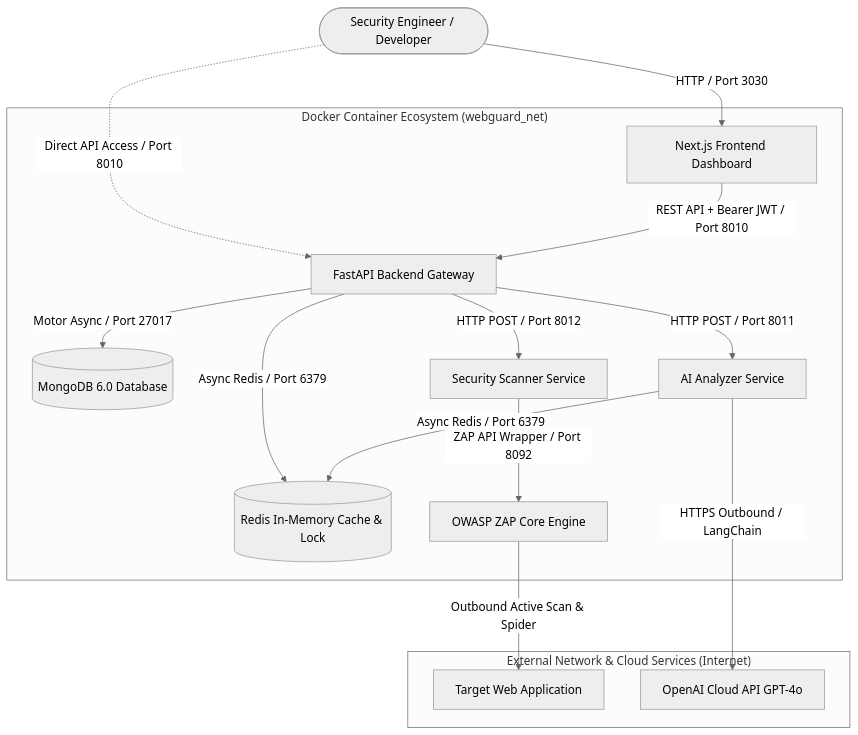
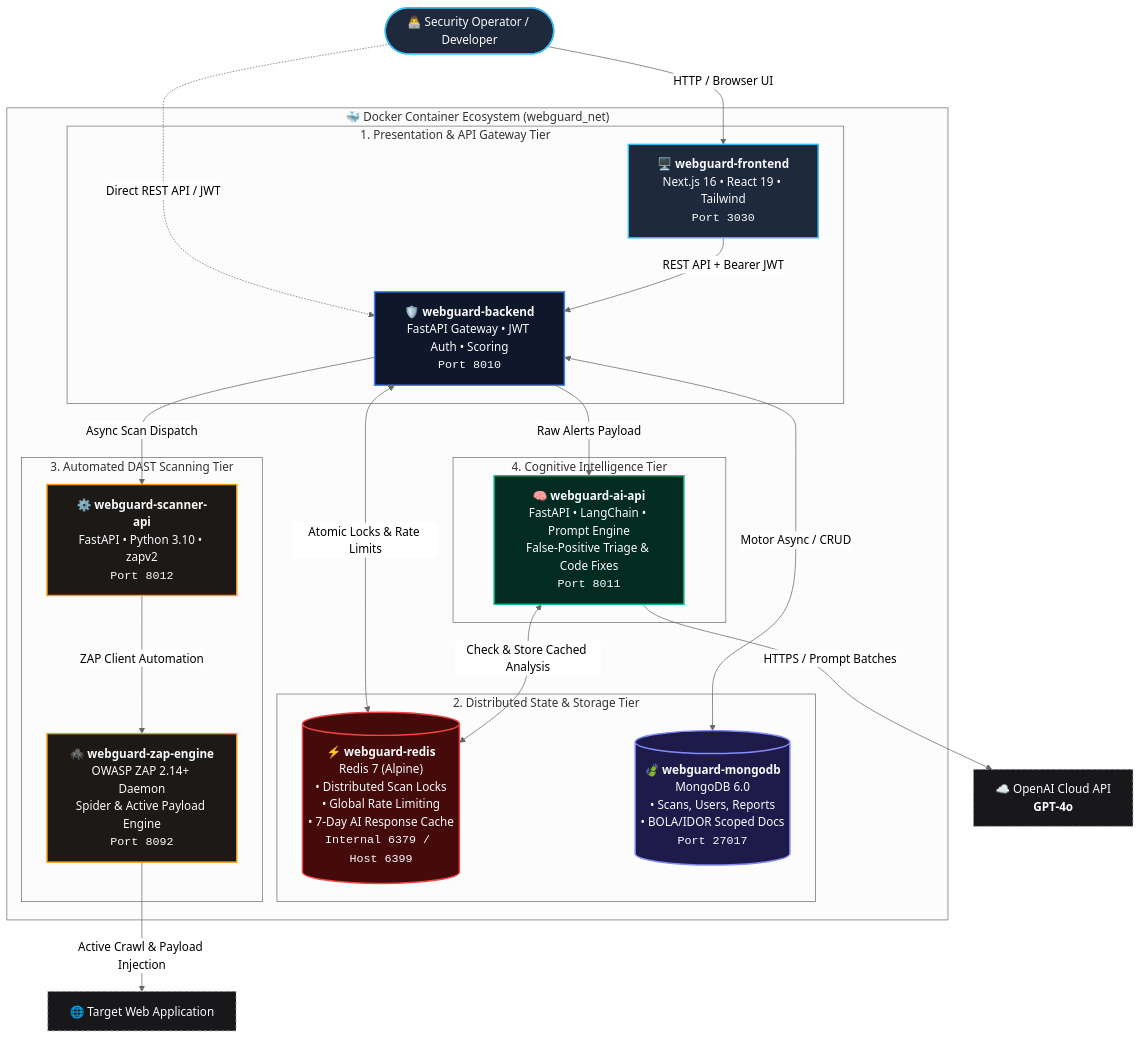
The first of 2 diagrams in README.md (Ammar-1993/WebGuard-AI), drawn with Mermaid (neutral theme) before and after one commit. The commit also changed other lines of this file, not shown here.

First line of the commit message:
docs: modernize system architecture and end-to-end pipeline diagrams

````diff
--- a/README.md
+++ b/README.md
@@ -116,23 +116,63 @@
 ```mermaid
 graph TB
-    User([Security Engineer / Developer]) -->|HTTP / Port 3030| Frontend[Next.js Frontend Dashboard]
-    User -.->|Direct API Access / Port 8010| Backend[FastAPI Backend Gateway]
+    %% External Actors & Targets
+    User([👨‍💻 Security Operator / Developer])
+    TargetWebsite[🌐 Target Web Application]
+    OpenAIAPI[☁️ OpenAI Cloud API<br/><b>GPT-4o</b>]
 
-    subgraph DockerNet ["Docker Container Ecosystem (webguard_net)"]
-        Frontend -->|REST API + Bearer JWT / Port 8010| Backend
+    %% Main Docker Network
+    subgraph DockerNet ["🐳 Docker Container Ecosystem (webguard_net)"]
         
-        Backend -->|Motor Async / Port 27017| MongoDB[(MongoDB 6.0 Database)]
-        Backend -->|Async Redis / Port 6379| Redis[(Redis In-Memory Cache & Lock)]
-        
-        Backend -->|HTTP POST / Port 8012| ScannerAPI[Security Scanner Service]
-        ScannerAPI -->|ZAP API Wrapper / Port 8092| ZAPEngine[OWASP ZAP Core Engine]
-        
-        Backend -->|HTTP POST / Port 8011| AIAnalyzer[AI Analyzer Service]
-        AIAnalyzer -->|Async Redis / Port 6379| Redis
+        subgraph PresentationLayer ["1. Presentation & API Gateway Tier"]
+            Frontend["🖥️ <b>webguard-frontend</b><br/>Next.js 16 • React 19 • Tailwind<br/><code>Port 3030</code>"]
+            Backend["🛡️ <b>webguard-backend</b><br/>FastAPI Gateway • JWT Auth • Scoring<br/><code>Port 8010</code>"]
+        end
+
+        subgraph StorageLayer ["2. Distributed State & Storage Tier"]
+            Redis[("⚡ <b>webguard-redis</b><br/>Redis 7 (Alpine)<br/>• Distributed Scan Locks<br/>• Global Rate Limiting<br/>• 7-Day AI Response Cache<br/><code>Internal 6379 / Host 6399</code>")]
+            MongoDB[("🍃 <b>webguard-mongodb</b><br/>MongoDB 6.0<br/>• Scans, Users, Reports<br/>• BOLA/IDOR Scoped Docs<br/><code>Port 27017</code>")]
+        end
+
+        subgraph DASTLayer ["3. Automated DAST Scanning Tier"]
+            ScannerAPI["⚙️ <b>webguard-scanner-api</b><br/>FastAPI • Python 3.10 • zapv2<br/><code>Port 8012</code>"]
+            ZAPEngine["🕷️ <b>webguard-zap-engine</b><br/>OWASP ZAP 2.14+ Daemon<br/>Spider & Active Payload Engine<br/><code>Port 8092</code>"]
+        end
+
+        subgraph AILayer ["4. Cognitive Intelligence Tier"]
+            AIAnalyzer["🧠 <b>webguard-ai-api</b><br/>FastAPI • LangChain • Prompt Engine<br/>False-Positive Triage & Code Fixes<br/><code>Port 8011</code>"]
+        end
+
     end
 
-    subgraph External ["External Network & Cloud Services (Internet)"]
-        ZAPEngine -->|Outbound Active Scan & Spider| TargetWebsite[Target Web Application]
-        AIAnalyzer -->|HTTPS Outbound / LangChain| OpenAIAPI[OpenAI Cloud API GPT-4o]
-    end
+    %% User & External Interactions
+    User -->|HTTP / Browser UI| Frontend
+    User -.->|Direct REST API / JWT| Backend
+    ZAPEngine -->|Active Crawl & Payload Injection| TargetWebsite
+    AIAnalyzer -->|HTTPS / Prompt Batches| OpenAIAPI
+
+    %% Internal Communication & Data Flows
+    Frontend -->|REST API + Bearer JWT| Backend
+    Backend <-->|Motor Async / CRUD| MongoDB
+    Backend <-->|Atomic Locks & Rate Limits| Redis
+    Backend -->|Async Scan Dispatch| ScannerAPI
+    ScannerAPI -->|ZAP Client Automation| ZAPEngine
+    Backend -->|Raw Alerts Payload| AIAnalyzer
+    AIAnalyzer <-->|Check & Store Cached Analysis| Redis
+
+    %% Styling for Modern Visual Appearance
+    classDef client fill:#1e293b,stroke:#38bdf8,stroke-width:2px,color:#f8fafc;
+    classDef gateway fill:#0f172a,stroke:#3b82f6,stroke-width:2px,color:#f8fafc;
+    classDef storage fill:#1e1b4b,stroke:#818cf8,stroke-width:2px,color:#f8fafc;
+    classDef redis fill:#450a0a,stroke:#ef4444,stroke-width:2px,color:#f8fafc;
+    classDef scanner fill:#1c1917,stroke:#f59e0b,stroke-width:2px,color:#f8fafc;
+    classDef ai fill:#022c22,stroke:#10b981,stroke-width:2px,color:#f8fafc;
+    classDef external fill:#18181b,stroke:#a1a1aa,stroke-width:1px,stroke-dasharray: 4 4,color:#f8fafc;
+
+    class User,Frontend client;
+    class Backend gateway;
+    class MongoDB storage;
+    class Redis redis;
+    class ScannerAPI,ZAPEngine scanner;
+    class AIAnalyzer ai;
+    class TargetWebsite,OpenAIAPI external;
 ```
````
